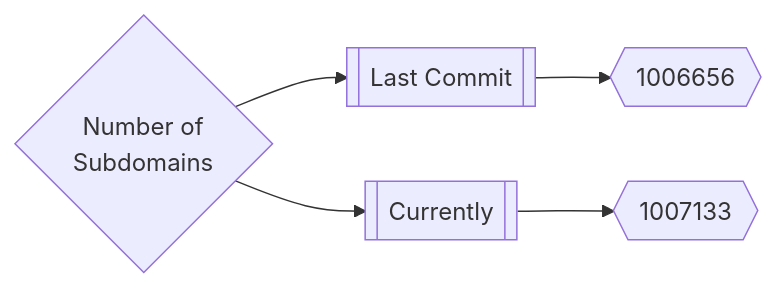
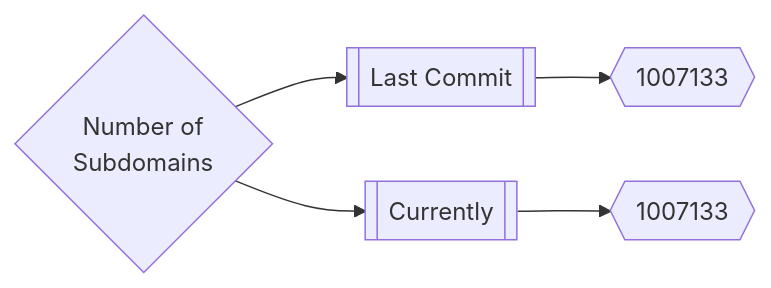
The first of 3 diagrams in README.md (trickest/inventory), drawn with Mermaid before and after one commit.

Commit message:
Update README.md Tue Aug  9 22:10:50 UTC 2022

````diff
--- a/README.md
+++ b/README.md
@@ -167,5 +167,5 @@
 ```mermaid
 graph LR
-title{Number of<br>Subdomains} --> subdomainsDate1[[Last Commit]] --> subdomainsNum1{{1006656}}
+title{Number of<br>Subdomains} --> subdomainsDate1[[Last Commit]] --> subdomainsNum1{{1007133}}
 title --> subdomainsDate2[[Currently]] --> subdomainsNum2{{1007133}}
 ```
````
